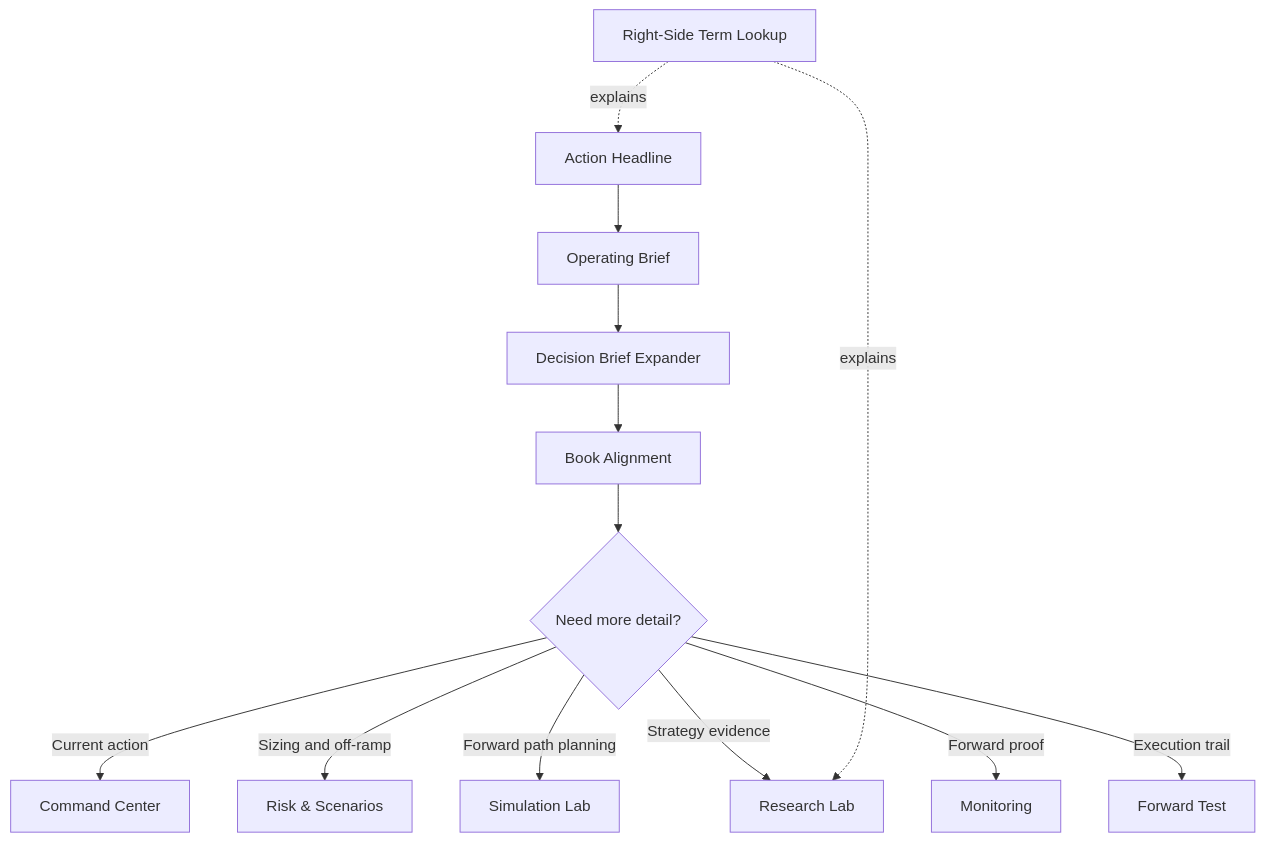
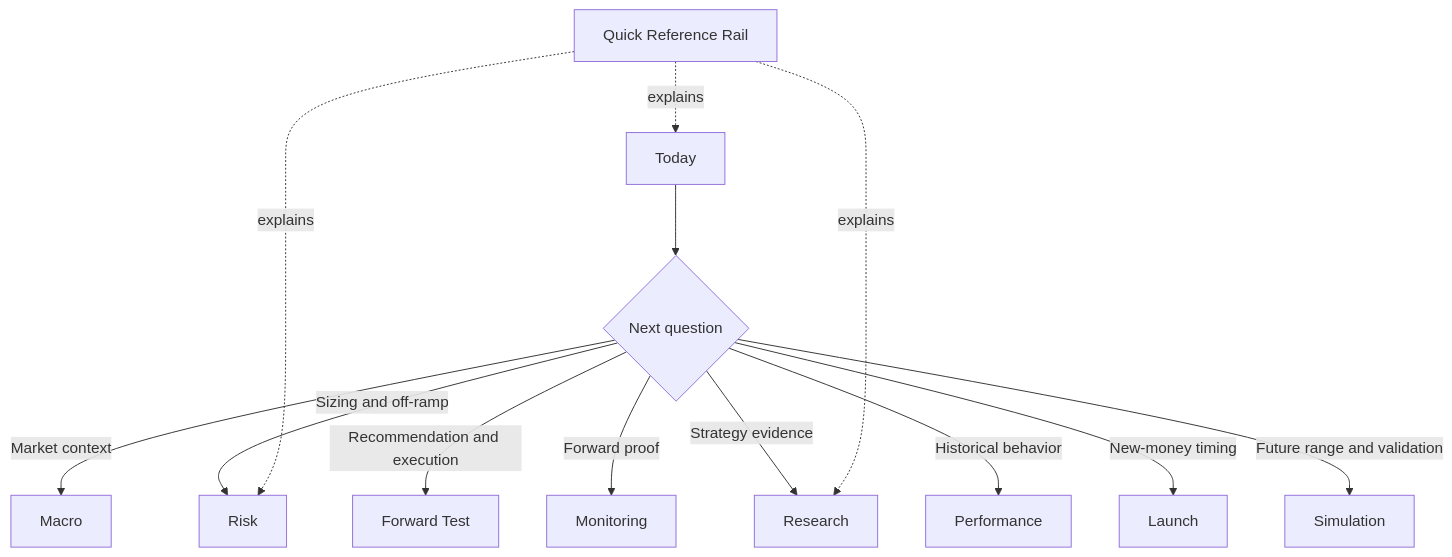
One commit to Jbultema/trade-bot changed the second of 2 diagrams in README.md. Above: the diagram before and after it, drawn with Mermaid. The commit also changed other lines of this file and 163 other files, not shown here.

````diff
--- a/README.md
+++ b/README.md
@@ -236,15 +257,15 @@
 ```mermaid
 flowchart TD
-    A[Action Headline] --> B[Operating Brief]
-    B --> C[Decision Brief Expander]
-    C --> D[Book Alignment]
-    D --> E{Need more detail?}
-    E -->|Current action| F[Command Center]
-    E -->|Sizing and off-ramp| G[Risk & Scenarios]
-    E -->|Forward path planning| L[Simulation Lab]
-    E -->|Strategy evidence| H[Research Lab]
-    E -->|Forward proof| I[Monitoring]
-    E -->|Execution trail| J[Forward Test]
-    K[Right-Side Term Lookup] -. explains .-> A
-    K -. explains .-> H
+    A[Today] --> B{Next question}
+    B -->|Market context| C[Macro]
+    B -->|Sizing and off-ramp| D[Risk]
+    B -->|Recommendation and execution| E[Forward Test]
+    B -->|Forward proof| F[Monitoring]
+    B -->|Strategy evidence| G[Research]
+    B -->|Historical behavior| H[Performance]
+    B -->|New-money timing| I[Launch]
+    B -->|Future range and validation| J[Simulation]
+    K[Quick Reference Rail] -. explains .-> A
+    K -. explains .-> D
+    K -. explains .-> G
 ```
````
